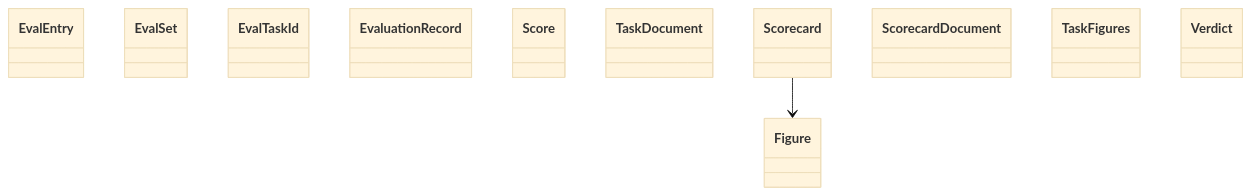
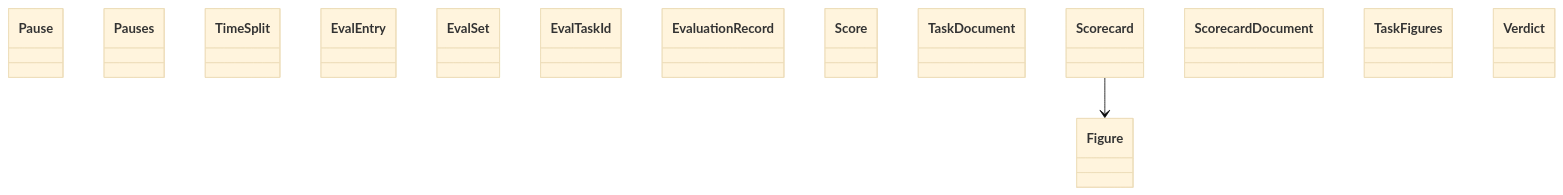
One commit to GonzaloZevallos/agentic-system changed the diagram in docs/architecture/generated/classes-measurement-domain-scorecard.md. Above: the diagram before and after it, drawn with Mermaid (base theme). The commit also changed 6 other files, not shown here.

First line of the commit message:
Split a task's cycle into failed, waiting, paused and unattributed time

````diff
--- a/docs/architecture/generated/classes-measurement-domain-scorecard.md
+++ b/docs/architecture/generated/classes-measurement-domain-scorecard.md
@@ -8,15 +8,18 @@
 ```mermaid
 classDiagram
+    class cycle__Pause["Pause"]
+    class cycle__Pauses["Pauses"]
+    class cycle__TimeSplit["TimeSplit"]
     class evaluation__EvalEntry["EvalEntry"]
     class evaluation__EvalSet["EvalSet"]
     class evaluation__EvalTaskId["EvalTaskId"]
     class evaluation__EvaluationRecord["EvaluationRecord"]
     class evaluation__Score["Score"]
     class evaluation__TaskDocument["TaskDocument"]
     class scorecard__Figure["Figure"]
     class scorecard__Scorecard["Scorecard"]
     class scorecard__ScorecardDocument["ScorecardDocument"]
     class scorecard__TaskFigures["TaskFigures"]
     class scorecard__Verdict["Verdict"]
     scorecard__Scorecard --> scorecard__Figure
 ```
````
